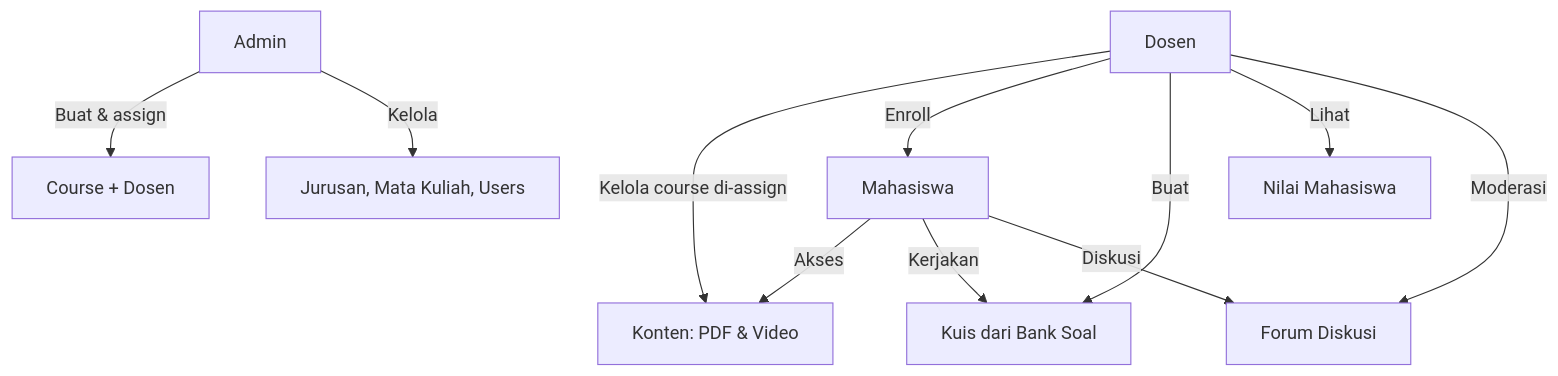
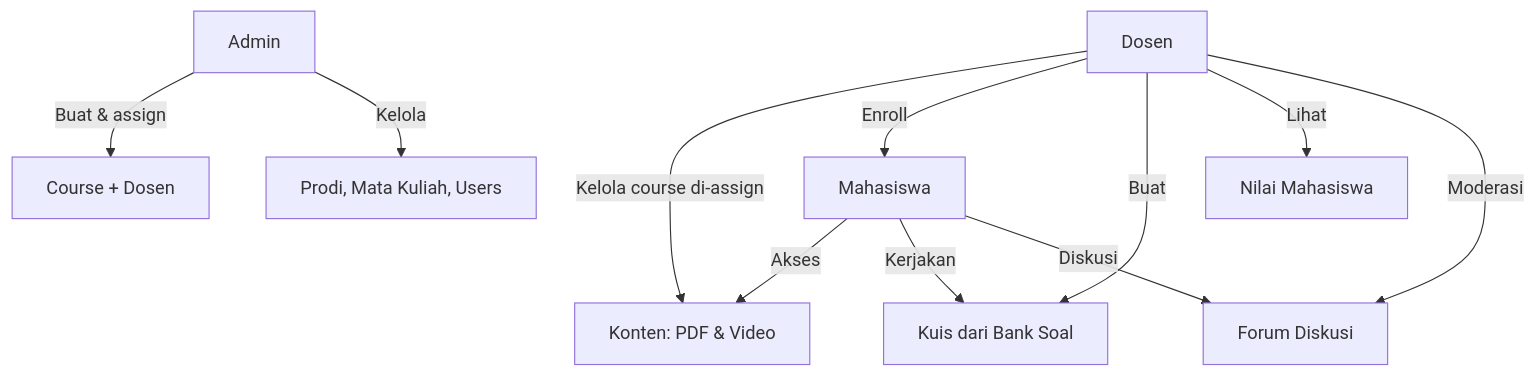
The first of 2 diagrams in implementation_plan.md (valtiraga/sil), drawn with Mermaid before and after one commit. The commit also changed other lines of this file and 54 other files, not shown here.

````diff
--- a/implementation_plan.md
+++ b/implementation_plan.md
@@ -17,15 +17,15 @@
 ```mermaid
 flowchart TD
     A[Admin] -->|Buat & assign| C[Course + Dosen]
-    A -->|Kelola| D[Jurusan, Mata Kuliah, Users]
+    A -->|Kelola| D[Prodi, Mata Kuliah, Users]
     
     DS[Dosen] -->|Kelola course di-assign| E[Konten: PDF & Video]
     DS -->|Enroll| M[Mahasiswa]
     DS -->|Buat| Q[Kuis dari Bank Soal]
     DS -->|Lihat| N[Nilai Mahasiswa]
     DS -->|Moderasi| F[Forum Diskusi]
     
     M -->|Akses| E
     M -->|Kerjakan| Q
     M -->|Diskusi| F
 ```
````
